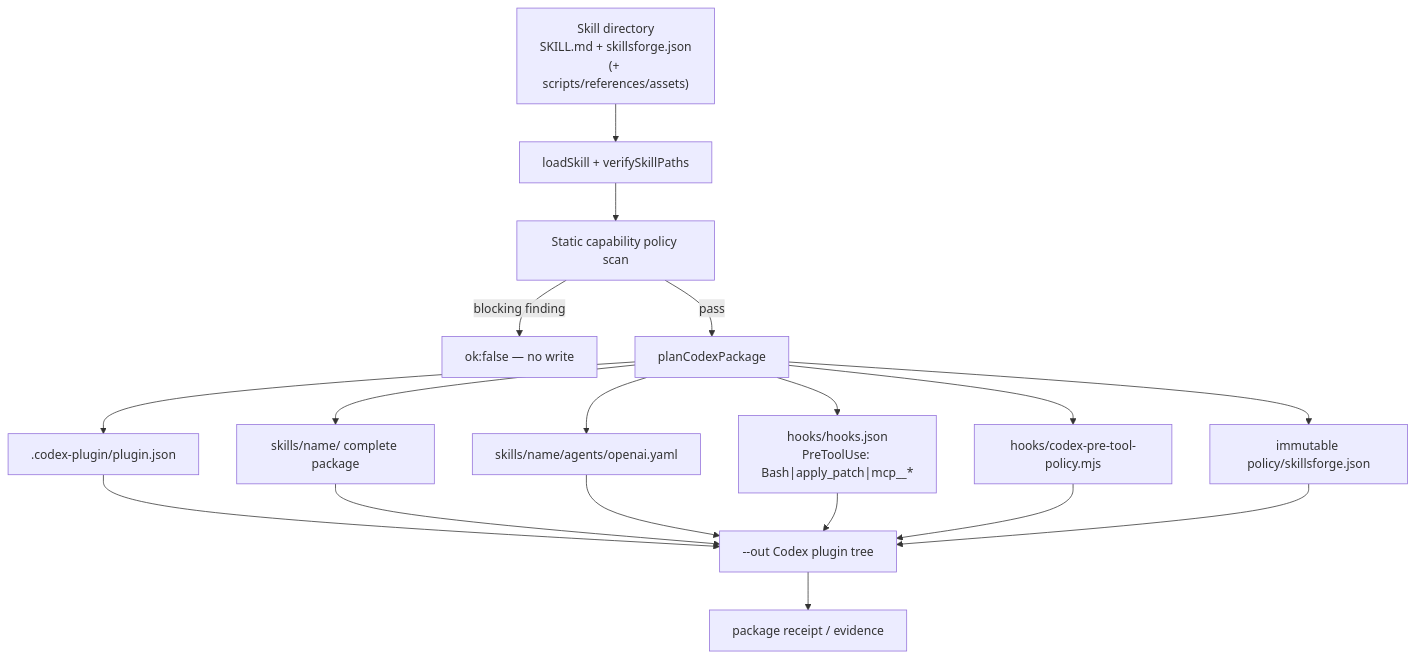
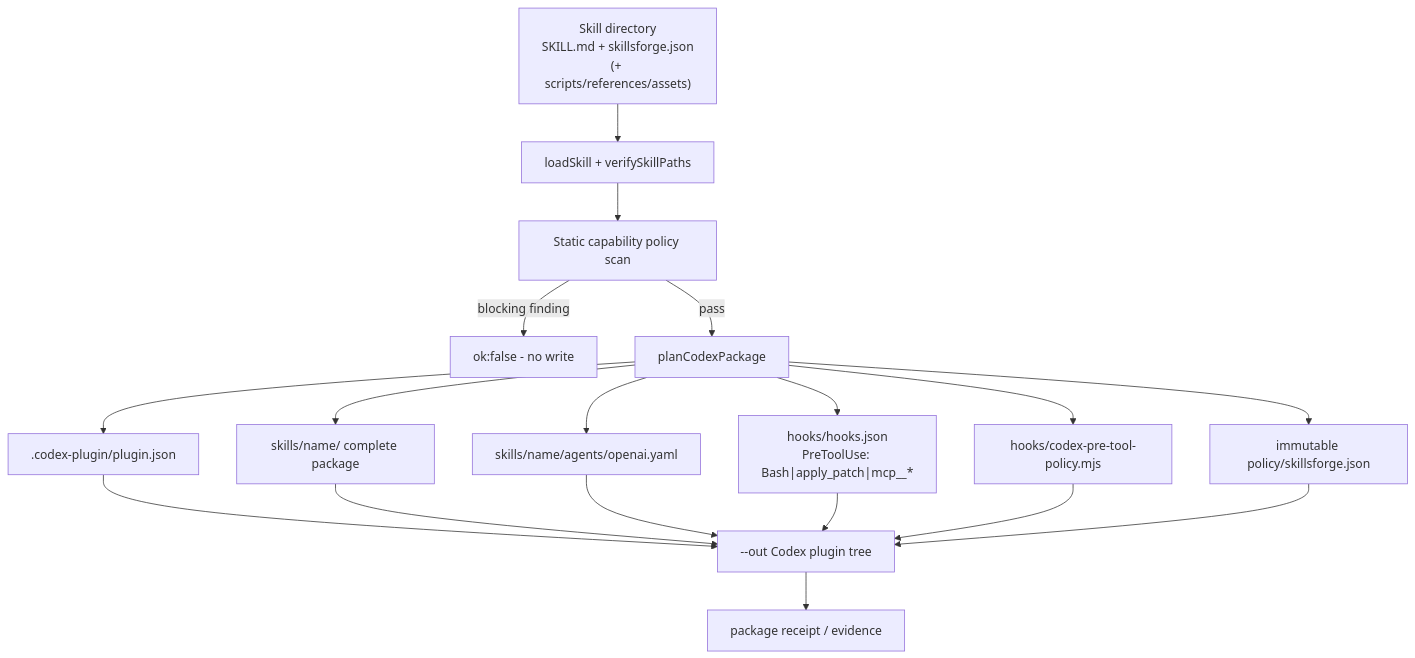
The first of 5 diagrams in docs/architecture.md (Tlkh201313/SkillsForge), drawn with Mermaid before and after one commit. The commit also changed other lines of this file and 559 other files, not shown here.

````diff
--- a/docs/architecture.md
+++ b/docs/architecture.md
@@ -29,20 +29,20 @@
 ```mermaid
 flowchart TD
     SkillDir["Skill directory\nSKILL.md + skillsforge.json\n(+ scripts/references/assets)"] --> Load["loadSkill + verifySkillPaths"]
     Load --> Scan["Static capability policy scan"]
-    Scan -->|blocking finding| Fail["ok:false — no write"]
+    Scan -->|blocking finding| Fail["ok:false - no write"]
     Scan -->|pass| Plan["planCodexPackage"]
     Plan --> Manifest[".codex-plugin/plugin.json"]
     Plan --> CopySkill["skills/name/ complete package"]
     Plan --> OpenaiYaml["skills/name/agents/openai.yaml"]
     Plan --> Hooks["hooks/hooks.json\nPreToolUse: Bash|apply_patch|mcp__*"]
     Plan --> Runner["hooks/codex-pre-tool-policy.mjs"]
     Plan --> PolicyCopy["immutable policy/skillsforge.json"]
     Manifest --> Out["--out Codex plugin tree"]
     CopySkill --> Out
     OpenaiYaml --> Out
     Hooks --> Out
     Runner --> Out
     PolicyCopy --> Out
     Out --> Receipt["package receipt / evidence"]
 ```
````
